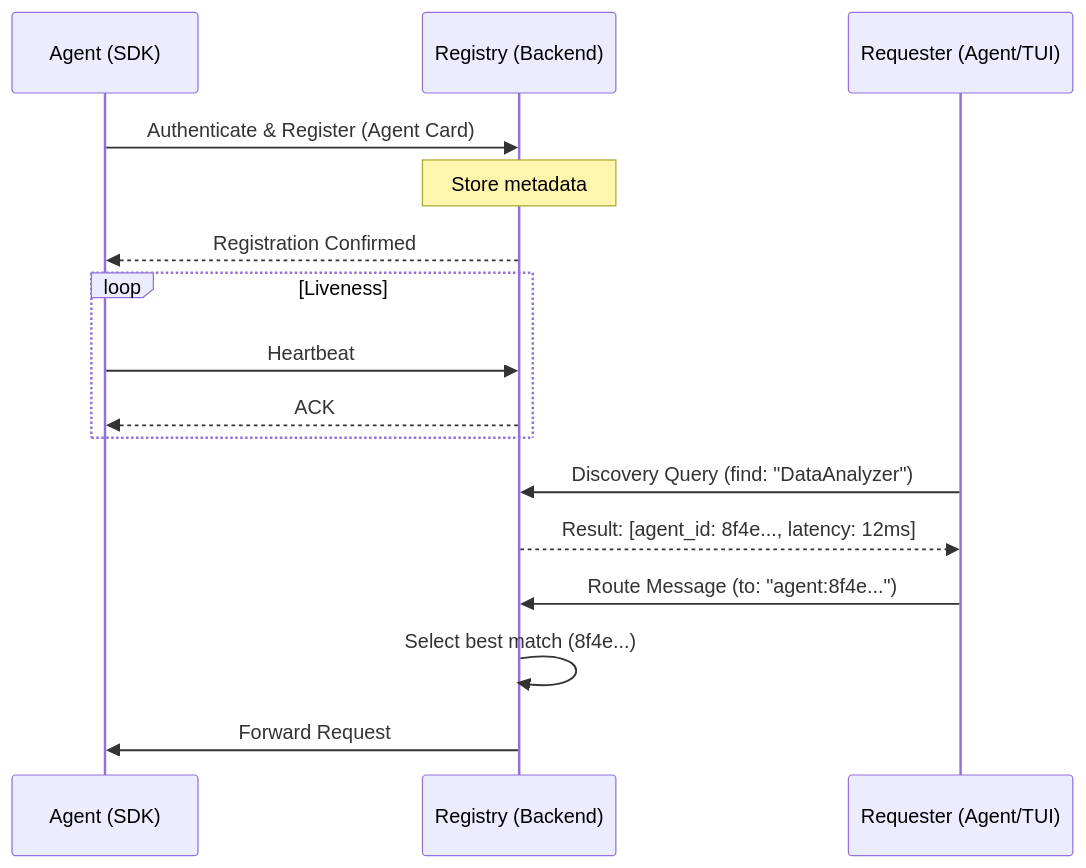
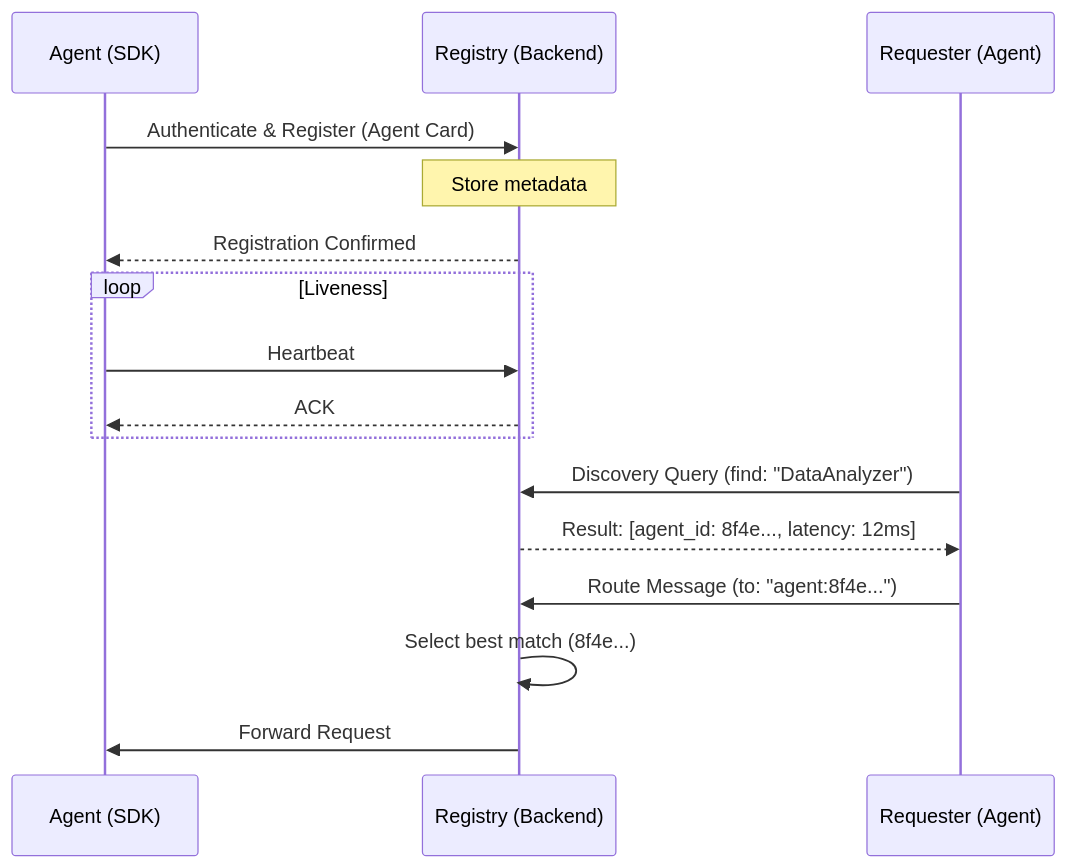
The fifth of 8 diagrams in docs/architecture/design-spec.md (YourBroDuke/bobberchat), drawn with Mermaid before and after one commit. The commit also changed other lines of this file and 15 other files, not shown here.

````diff
--- a/docs/architecture/design-spec.md
+++ b/docs/architecture/design-spec.md
@@ -746,22 +725,22 @@
 ```mermaid
 sequenceDiagram
     participant A as Agent (SDK)
     participant R as Registry (Backend)
-    participant Q as Requester (Agent/TUI)
+    participant Q as Requester (Agent)
 
     A->>R: Authenticate & Register (Agent Card)
     Note over R: Store metadata
     R-->>A: Registration Confirmed
 
     loop Liveness
         A->>R: Heartbeat
         R-->>A: ACK
     end
 
     Q->>R: Discovery Query (find: "DataAnalyzer")
     R-->>Q: Result: [agent_id: 8f4e..., latency: 12ms]
 
     Q->>R: Route Message (to: "agent:8f4e...")
     R->>R: Select best match (8f4e...)
     R->>A: Forward Request
 ```
````
